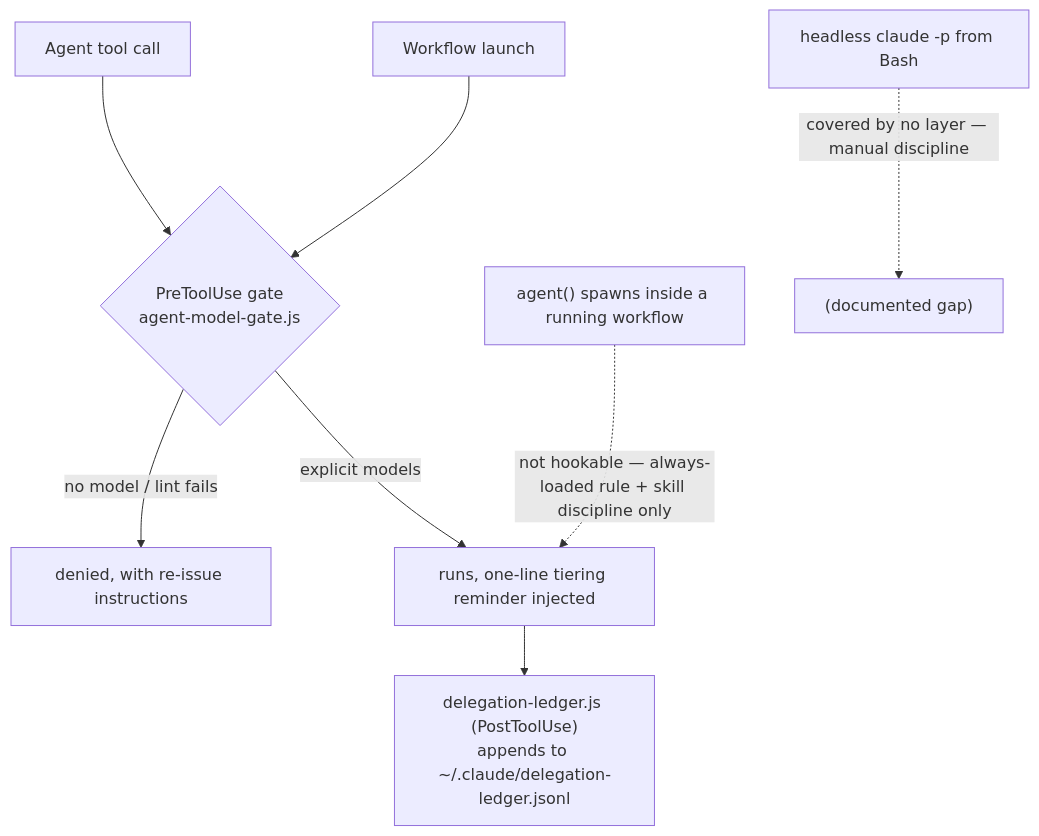
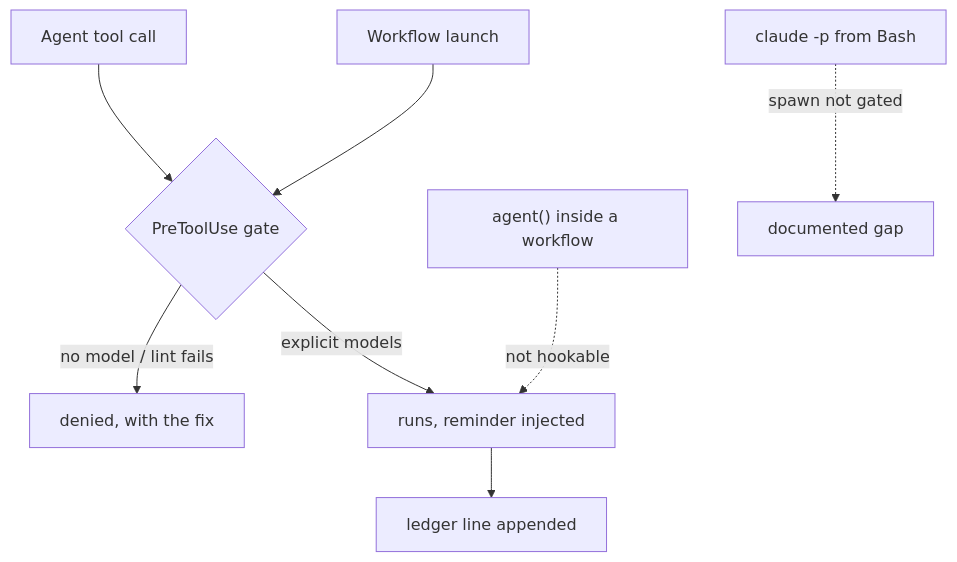
Before and after one commit to TheRealBillSiegler/siegler-plugins: the diagram in plugins/delegation-steering/README.md, drawn with Mermaid. The commit also changed other lines of this file and 3 other files, not shown here.

First line of the commit message:
docs: state what the gate covers and how it fails

````diff
--- a/plugins/delegation-steering/README.md
+++ b/plugins/delegation-steering/README.md
@@ -36,10 +38,10 @@
 ```mermaid
 flowchart TD
-    A["Agent tool call"] --> G{"PreToolUse gate<br>agent-model-gate.js"}
+    A["Agent tool call"] --> G{"PreToolUse gate"}
     W["Workflow launch"] --> G
-    G -- "no model / lint fails" --> DENY["denied, with re-issue instructions"]
-    G -- "explicit models" --> RUN["runs, one-line tiering reminder injected"]
-    RUN --> LED["delegation-ledger.js (PostToolUse)<br>appends to ~/.claude/delegation-ledger.jsonl"]
-    IN["agent() spawns inside a running workflow"] -. "not hookable — always-loaded rule + skill discipline only" .-> RUN
-    HP["headless claude -p from Bash"] -. "covered by no layer — manual discipline" .-> HP2["(documented gap)"]
+    G -- "no model / lint fails" --> DENY["denied, with the fix"]
+    G -- "explicit models" --> RUN["runs, reminder injected"]
+    RUN --> LED["ledger line appended"]
+    IN["agent() inside a workflow"] -. "not hookable" .-> RUN
+    HP["claude -p from Bash"] -. "spawn not gated" .-> HP2["documented gap"]
 ```
````
